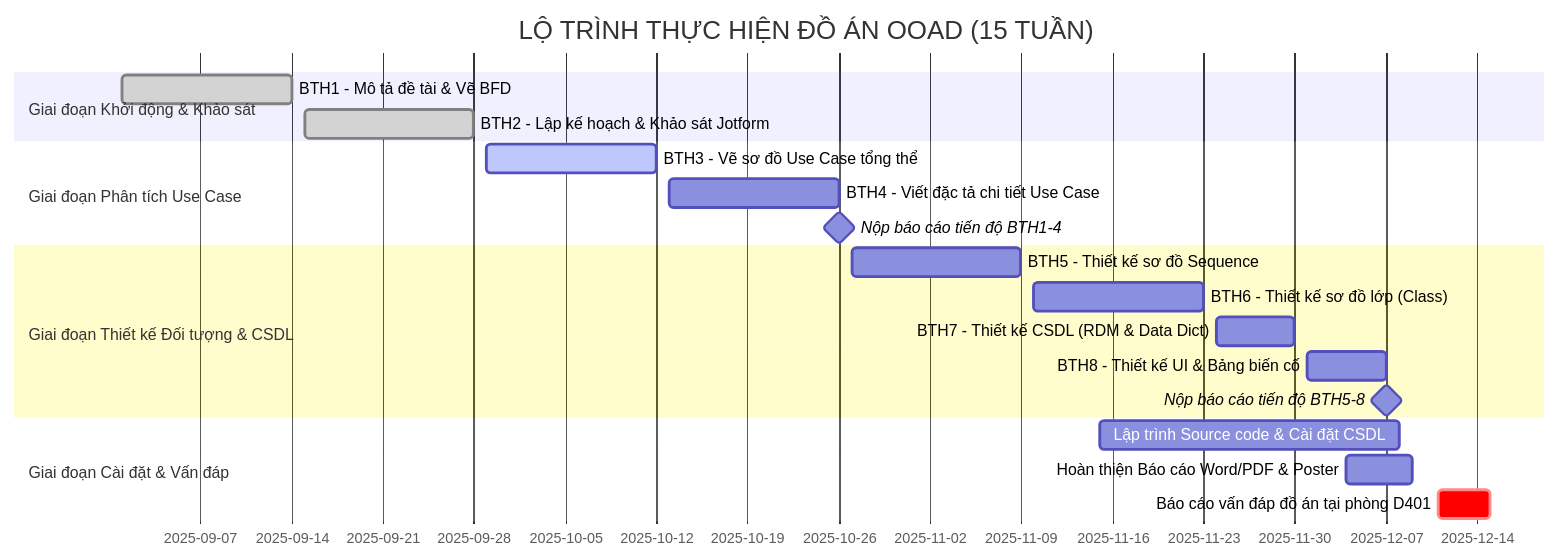
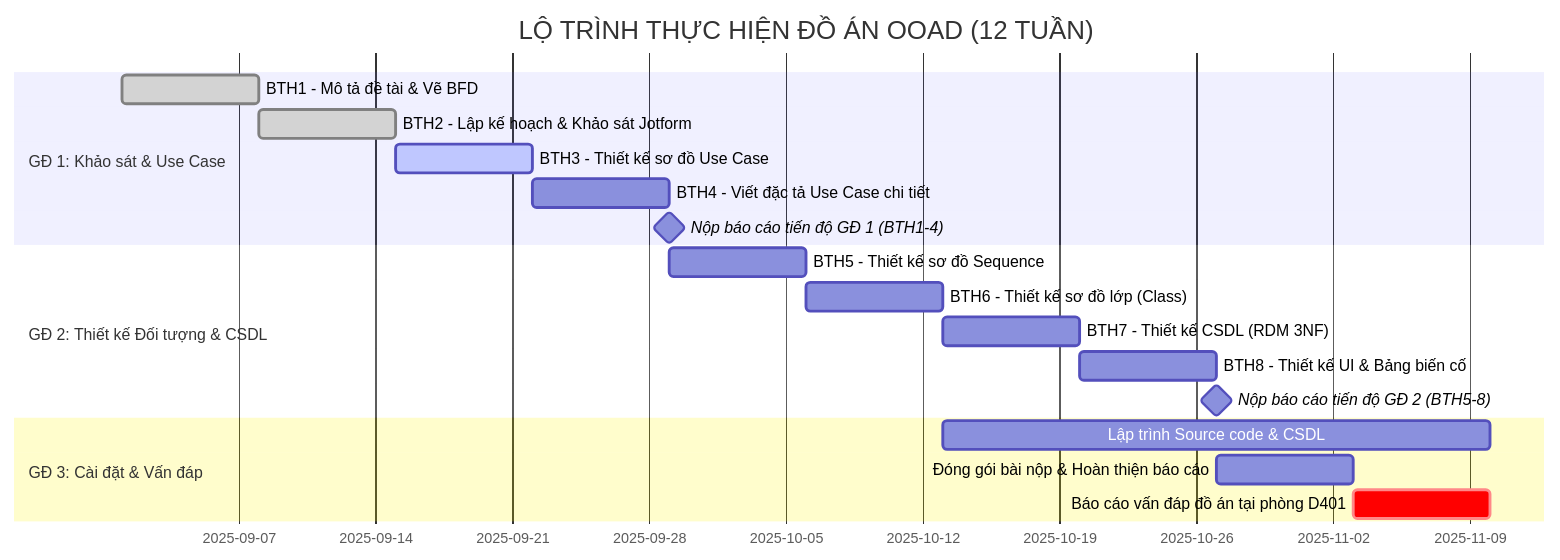
Before and after one commit to nphat-code/DoAn-OOAD-SGU: the diagram in BTH/BTH2_KeHoach_KhaoSat/BTH2_KeHoach_KhaoSat.md, drawn with Mermaid. The commit also changed other lines of this file, not shown here.

Commit message:
refactor(bth2): thiet ke lai lo trinh do an OOAD theo chu trinh 12 tuan

````diff
--- a/BTH/BTH2_KeHoach_KhaoSat/BTH2_KeHoach_KhaoSat.md
+++ b/BTH/BTH2_KeHoach_KhaoSat/BTH2_KeHoach_KhaoSat.md
@@ -12,22 +12,21 @@
 ```mermaid
 gantt
-    title LỘ TRÌNH THỰC HIỆN ĐỒ ÁN OOAD (15 TUẦN)
+    title LỘ TRÌNH THỰC HIỆN ĐỒ ÁN OOAD (12 TUẦN)
     dateFormat  YYYY-MM-DD
-    section Giai đoạn Khởi động & Khảo sát
-    BTH1 - Mô tả đề tài & Vẽ BFD         :done, bth1, 2025-09-01, 2025-09-14
-    BTH2 - Lập kế hoạch & Khảo sát Jotform:done, bth2, 2025-09-15, 2025-09-28
-    section Giai đoạn Phân tích Use Case
-    BTH3 - Vẽ sơ đồ Use Case tổng thể    :active, bth3, 2025-09-29, 2025-10-12
-    BTH4 - Viết đặc tả chi tiết Use Case :bth4, 2025-10-13, 2025-10-26
-    Nộp báo cáo tiến độ BTH1-4           :milestone, m1, 2025-10-26, 0d
-    section Giai đoạn Thiết kế Đối tượng & CSDL
-    BTH5 - Thiết kế sơ đồ Sequence       :bth5, 2025-10-27, 2025-11-09
-    BTH6 - Thiết kế sơ đồ lớp (Class)    :bth6, 2025-11-10, 2025-11-23
-    BTH7 - Thiết kế CSDL (RDM & Data Dict):bth7, 2025-11-24, 2025-11-30
-    BTH8 - Thiết kế UI & Bảng biến cố    :bth8, 2025-12-01, 2025-12-07
-    Nộp báo cáo tiến độ BTH5-8           :milestone, m2, 2025-12-07, 0d
-    section Giai đoạn Cài đặt & Vấn đáp
-    Lập trình Source code & Cài đặt CSDL :dev, 2025-11-15, 2025-12-08
-    Hoàn thiện Báo cáo Word/PDF & Poster :doc, 2025-12-04, 2025-12-09
-    Báo cáo vấn đáp đồ án tại phòng D401 :crit, defense, 2025-12-11, 2025-12-15
+    section GĐ 1: Khảo sát & Use Case
+    BTH1 - Mô tả đề tài & Vẽ BFD          :done, bth1, 2025-09-01, 7d
+    BTH2 - Lập kế hoạch & Khảo sát Jotform:done, bth2, after bth1, 7d
+    BTH3 - Thiết kế sơ đồ Use Case        :active, bth3, after bth2, 7d
+    BTH4 - Viết đặc tả Use Case chi tiết  :bth4, after bth3, 7d
+    Nộp báo cáo tiến độ GĐ 1 (BTH1-4)     :milestone, m1, after bth4, 0d
+    section GĐ 2: Thiết kế Đối tượng & CSDL
+    BTH5 - Thiết kế sơ đồ Sequence        :bth5, after bth4, 7d
+    BTH6 - Thiết kế sơ đồ lớp (Class)     :bth6, after bth5, 7d
+    BTH7 - Thiết kế CSDL (RDM 3NF)        :bth7, after bth6, 7d
+    BTH8 - Thiết kế UI & Bảng biến cố     :bth8, after bth7, 7d
+    Nộp báo cáo tiến độ GĐ 2 (BTH5-8)     :milestone, m2, after bth8, 0d
+    section GĐ 3: Cài đặt & Vấn đáp
+    Lập trình Source code & CSDL          :dev, 2025-10-13, 28d
+    Đóng gói bài nộp & Hoàn thiện báo cáo :doc, after bth8, 7d
+    Báo cáo vấn đáp đồ án tại phòng D401  :crit, defense, after doc, 7d
 ```
````
